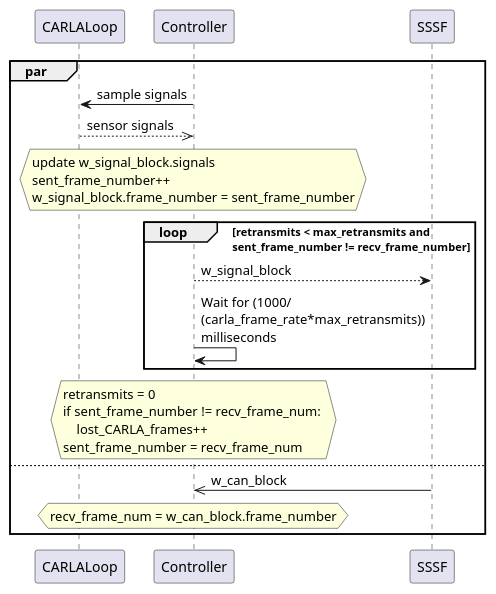
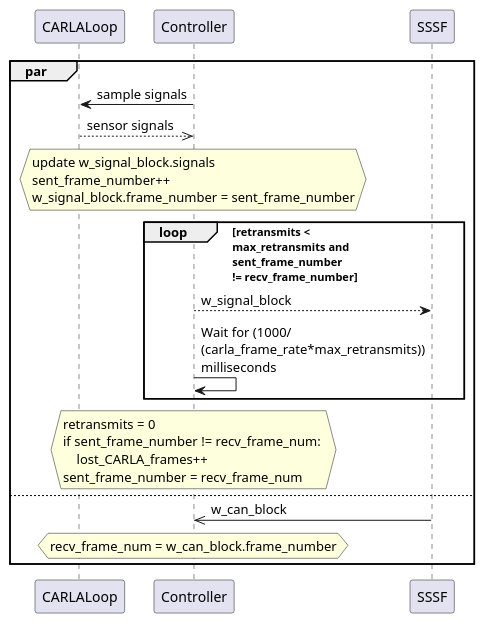
The diagram in Doc/Paper/images/signal_control.wsd (SystemsCyber/Software-Defined-Truck), drawn with PlantUML before and after one commit. The commit also changed 12 other files, not shown here.

```diff
--- a/Doc/Paper/images/signal_control.wsd
+++ b/Doc/Paper/images/signal_control.wsd
@@ -1,24 +1,24 @@
 @startuml
 par
 CARLALoop <- Controller : sample signals
 CARLALoop -->> Controller: sensor signals
 hnote over Controller
 update w_signal_block.signals
 sent_frame_number++
 w_signal_block.frame_number = sent_frame_number
 endhnote
-loop retransmits < max_retransmits and\nsent_frame_number != recv_frame_number
+loop retransmits < \nmax_retransmits and\nsent_frame_number \n!= recv_frame_number
 Controller --> SSSF: w_signal_block
 Controller -> Controller: Wait for (1000/\n(carla_frame_rate*max_retransmits))\nmilliseconds
 end
 hnote over Controller
 retransmits = 0
 if sent_frame_number != recv_frame_num: 
     lost_CARLA_frames++
 sent_frame_number = recv_frame_num
 endhnote
 else
 SSSF ->> Controller: w_can_block
 hnote over Controller: recv_frame_num = w_can_block.frame_number
 end
 @enduml
```
